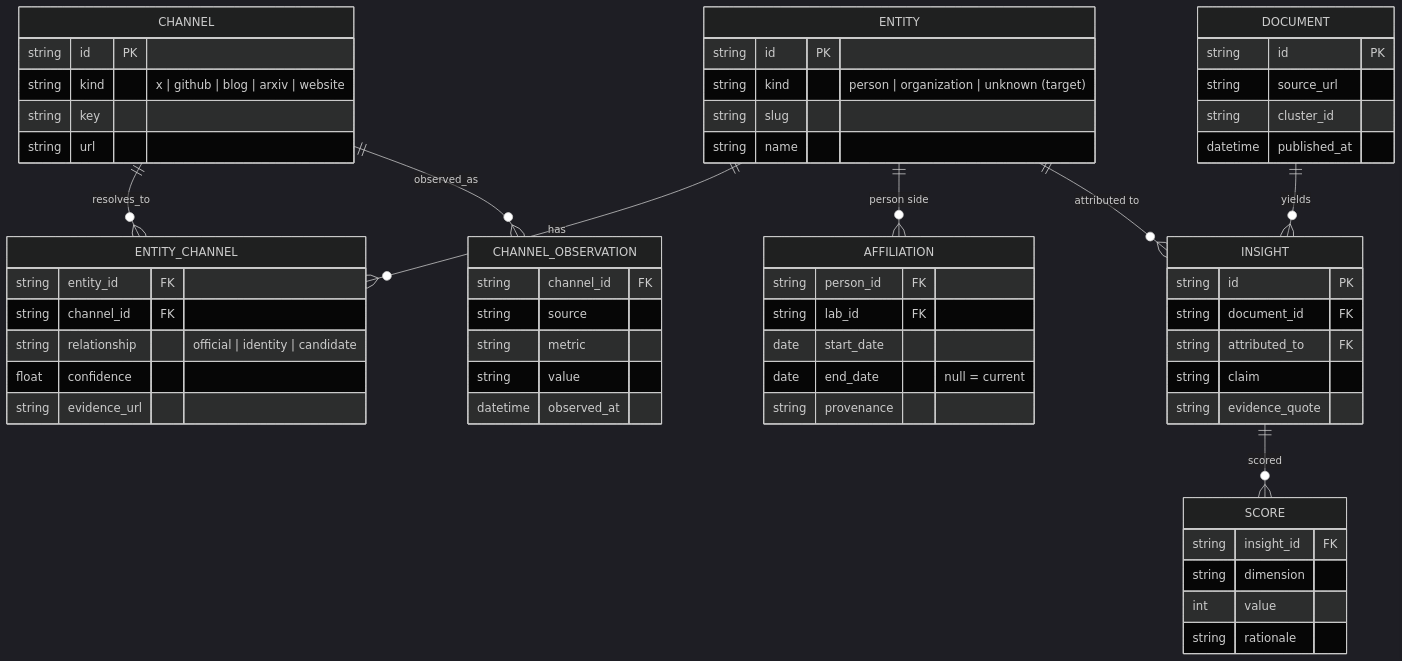
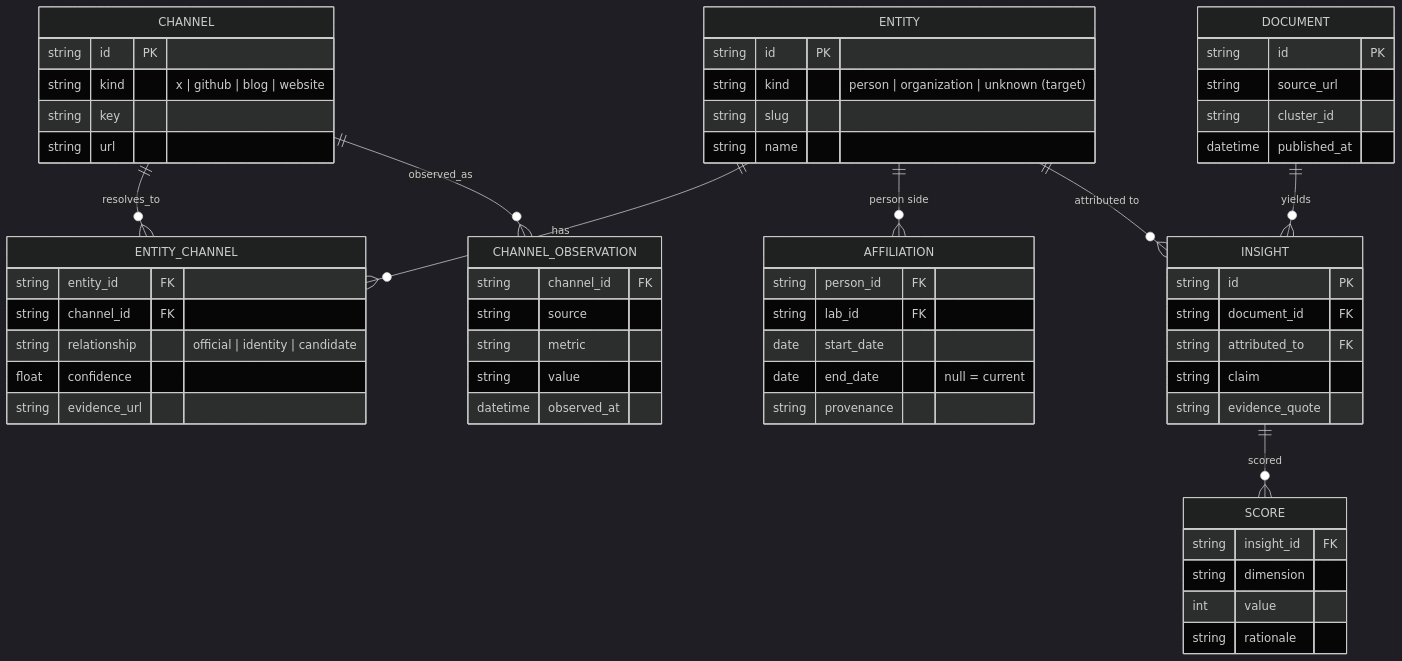
The fifth of 5 diagrams in docs/architecture/overview.md (AdithyanI/frontier-lab-intelligence), drawn with Mermaid (dark theme) before and after one commit. The commit also changed other lines of this file and 15 other files, not shown here.

````diff
--- a/docs/architecture/overview.md
+++ b/docs/architecture/overview.md
@@ -491,63 +502,63 @@
 ```mermaid
 erDiagram
     ENTITY {
         string id PK
         string kind "person | organization | unknown (target)"
         string slug
         string name
     }
     CHANNEL {
         string id PK
-        string kind "x | github | blog | arxiv | website"
+        string kind "x | github | blog | website"
         string key
         string url
     }
     ENTITY_CHANNEL {
         string entity_id FK
         string channel_id FK
         string relationship "official | identity | candidate"
         float confidence
         string evidence_url
     }
     CHANNEL_OBSERVATION {
         string channel_id FK
         string source
         string metric
         string value
         datetime observed_at
     }
     AFFILIATION {
         string person_id FK
         string lab_id FK
         date start_date
         date end_date "null = current"
         string provenance
     }
     DOCUMENT {
         string id PK
         string source_url
         string cluster_id
         datetime published_at
     }
     INSIGHT {
         string id PK
         string document_id FK
         string attributed_to FK
         string claim
         string evidence_quote
     }
     SCORE {
         string insight_id FK
         string dimension
         int value
         string rationale
     }
 
     ENTITY ||--o{ ENTITY_CHANNEL : has
     CHANNEL ||--o{ ENTITY_CHANNEL : resolves_to
     CHANNEL ||--o{ CHANNEL_OBSERVATION : observed_as
     ENTITY ||--o{ AFFILIATION : "person side"
     ENTITY ||--o{ INSIGHT : "attributed to"
     DOCUMENT ||--o{ INSIGHT : yields
     INSIGHT ||--o{ SCORE : scored
 ```
````
